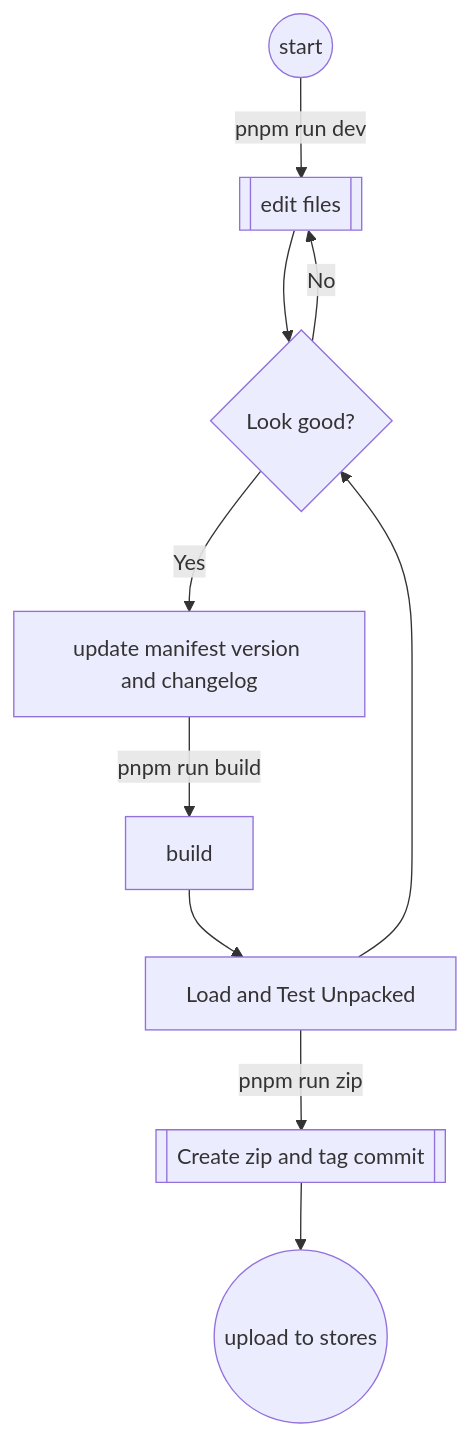
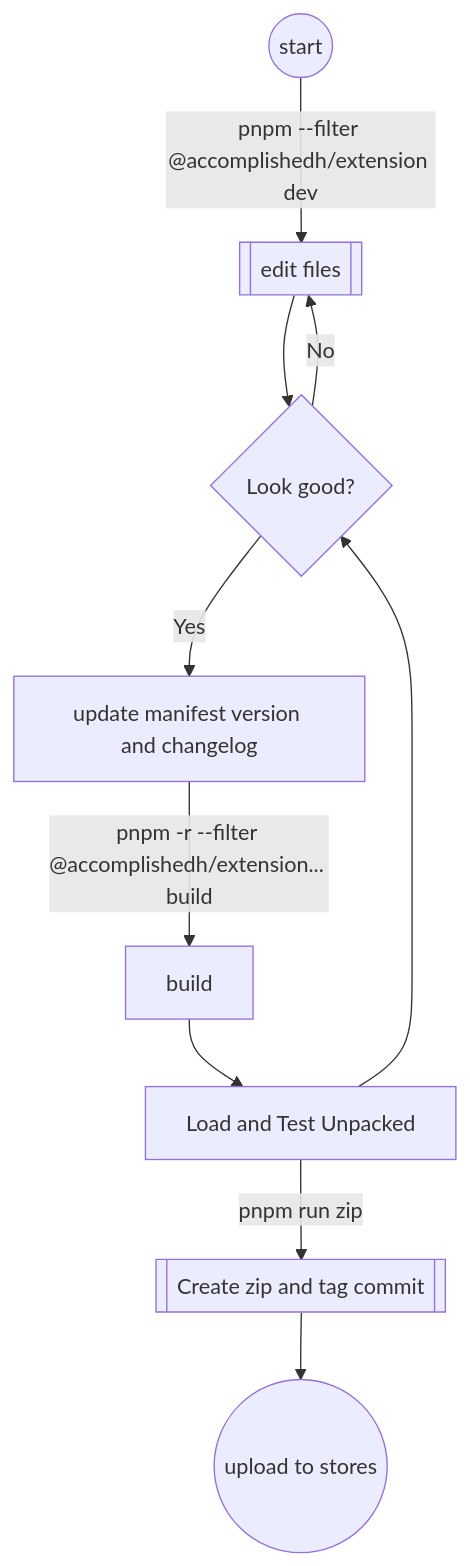
Before and after one commit to GaryB432/accomplishedh: the diagram in docs/wiki/Extension.md, drawn with Mermaid. The commit also changed other lines of this file and 45 other files, not shown here.

````diff
--- a/docs/wiki/Extension.md
+++ b/docs/wiki/Extension.md
@@ -17,20 +15,20 @@
 ```mermaid
 graph TD
 A((start))
 B[[edit files]]
 C{Look good?}
 E[update manifest version and changelog]
 F[build]
 H[[Create zip and tag commit]]
 G((upload to stores))
 J[Load and Test Unpacked]
-A -->|pnpm run dev| B
+A -->|pnpm --filter @accomplishedh/extension dev| B
 B --> C
 C -->|Yes| E
 C -->|No| B
-E -->|"pnpm run build"|F
+E -->|"pnpm -r --filter @accomplishedh/extension... build"|F
 F --> J
 J -->|pnpm run zip|H
 J --> C
 H --> G
 ```
````
